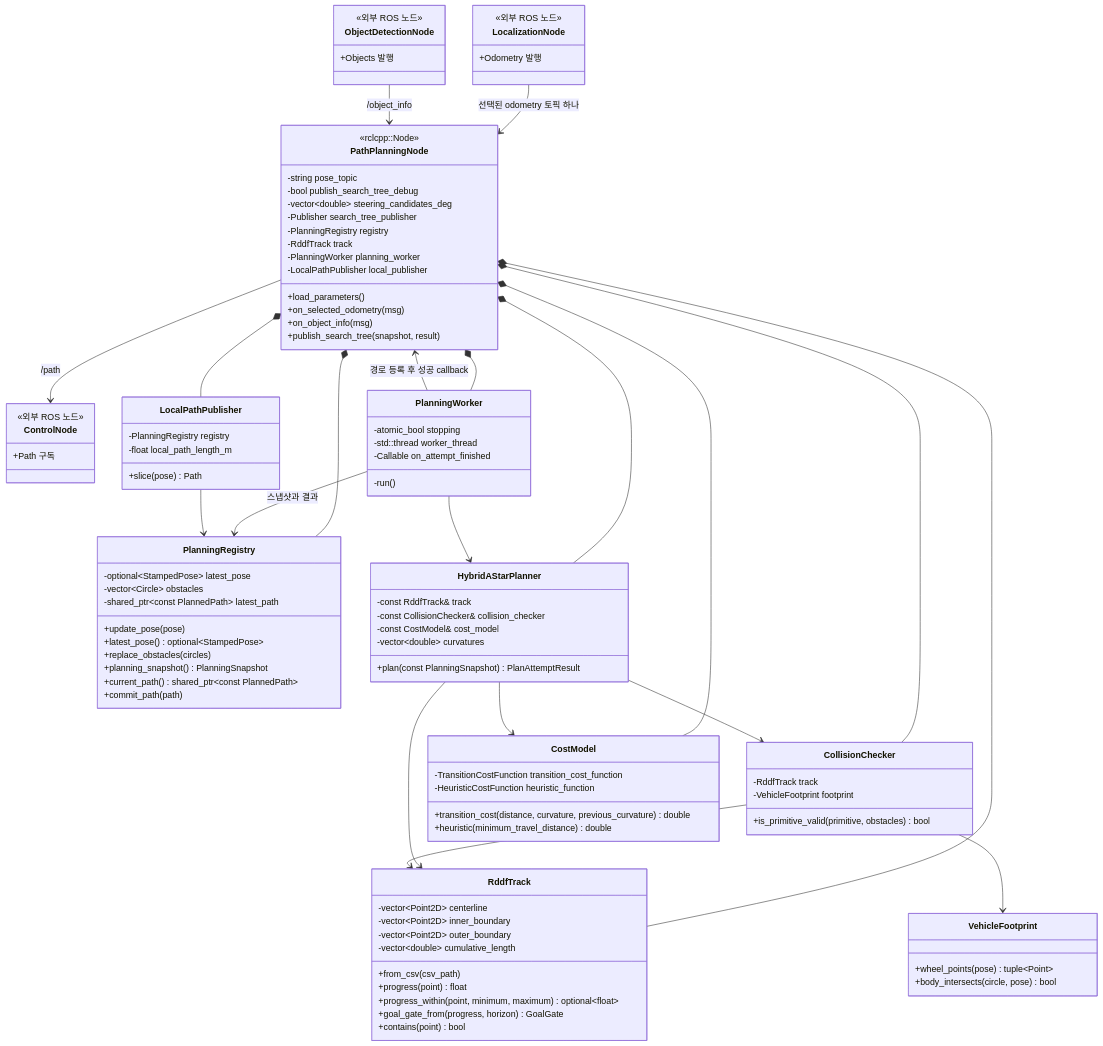
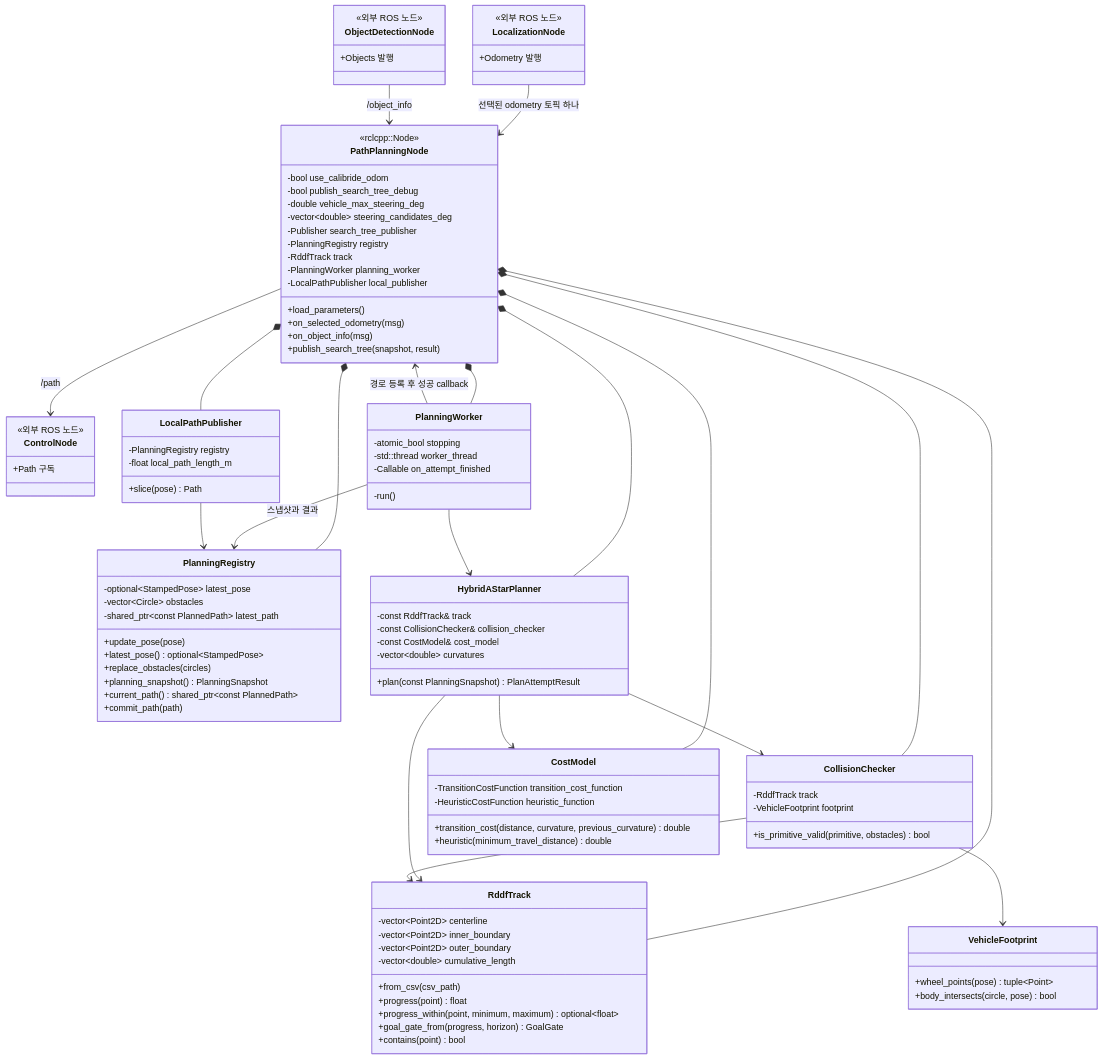
The first of 3 diagrams in src/path_planning/README.md (Team-Stier/AMET2026_coex_stier), drawn with Mermaid before and after one commit. The commit also changed other lines of this file and 16 other files, not shown here.

```diff
--- a/src/path_planning/README.md
+++ b/src/path_planning/README.md
@@ -170,8 +178,9 @@
     }
     class PathPlanningNode {
         <<rclcpp::Node>>
-        -string pose_topic
+        -bool use_calibride_odom
         -bool publish_search_tree_debug
+        -double vehicle_max_steering_deg
         -vector~double~ steering_candidates_deg
         -Publisher search_tree_publisher
         -PlanningRegistry registry
```
